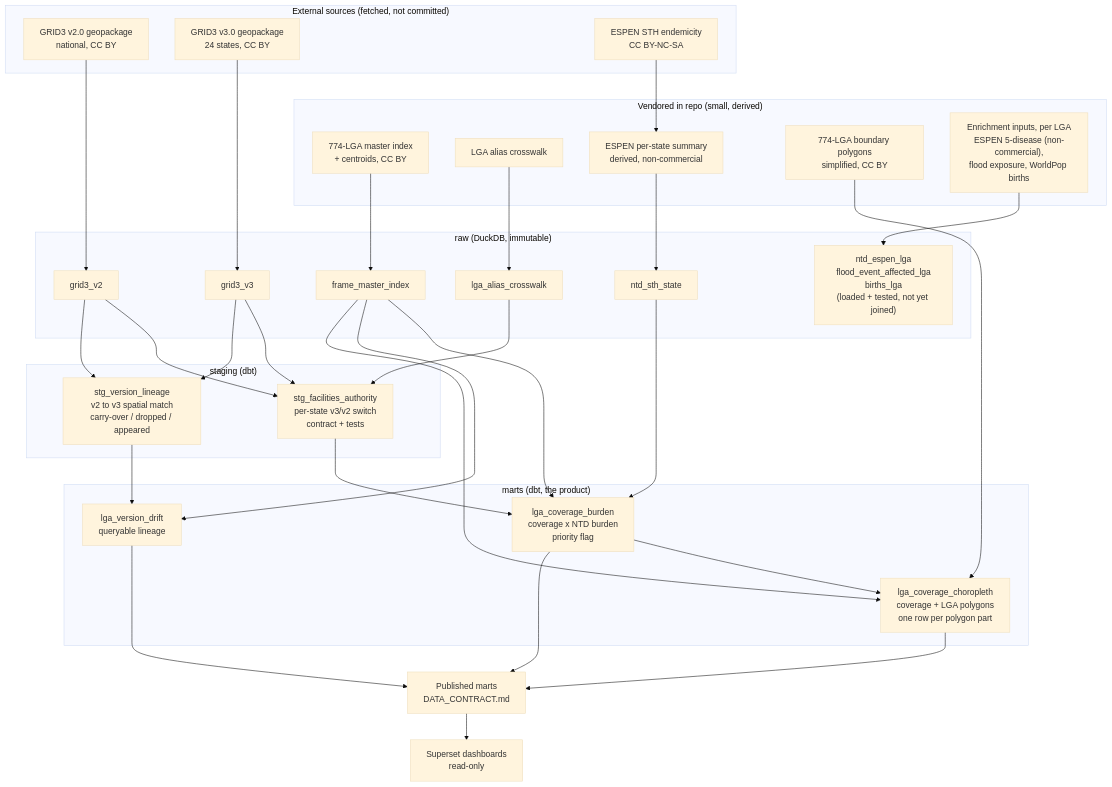
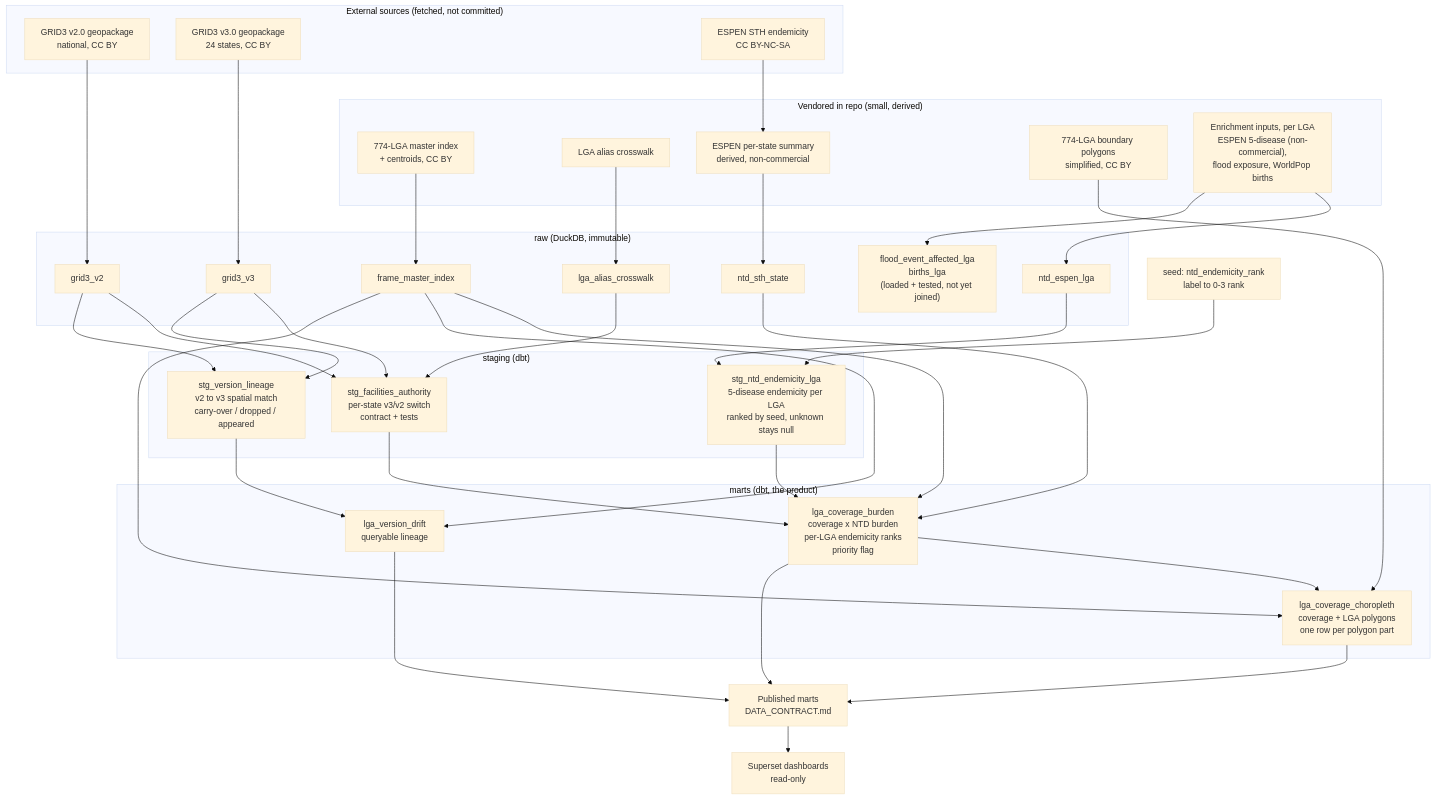
One commit to Behordeun/nigeria-facility-register changed the first of 3 diagrams in docs/ARCHITECTURE.md. Above: the diagram before and after it, drawn with Mermaid (base theme). The commit also changed other lines of this file and 14 other files, not shown here.

First line of the commit message:
Add per-LGA endemicity ranks for five NTDs to the coverage mart

````diff
--- a/docs/ARCHITECTURE.md
+++ b/docs/ARCHITECTURE.md
@@ -7,64 +7,70 @@
 ```mermaid
 flowchart TD
     subgraph sources["External sources (fetched, not committed)"]
         G2["GRID3 v2.0 geopackage<br/>national, CC BY"]
         G3["GRID3 v3.0 geopackage<br/>24 states, CC BY"]
         ES["ESPEN STH endemicity<br/>CC BY-NC-SA"]
     end
 
     subgraph vendored["Vendored in repo (small, derived)"]
         FR["774-LGA master index<br/>+ centroids, CC BY"]
         XW["LGA alias crosswalk"]
         NB["ESPEN per-state summary<br/>derived, non-commercial"]
         GEO["774-LGA boundary polygons<br/>simplified, CC BY"]
         EN["Enrichment inputs, per LGA<br/>ESPEN 5-disease (non-commercial),<br/>flood exposure, WorldPop births"]
     end
 
     subgraph raw["raw (DuckDB, immutable)"]
         R2["grid3_v2"]
         R3["grid3_v3"]
         RF["frame_master_index"]
         RX["lga_alias_crosswalk"]
         RN["ntd_sth_state"]
-        RE["ntd_espen_lga<br/>flood_event_affected_lga<br/>births_lga<br/>(loaded + tested, not yet joined)"]
+        RE["ntd_espen_lga"]
+        RF2["flood_event_affected_lga<br/>births_lga<br/>(loaded + tested, not yet joined)"]
     end
 
     subgraph staging["staging (dbt)"]
         AUTH["stg_facilities_authority<br/>per-state v3/v2 switch<br/>contract + tests"]
         LIN["stg_version_lineage<br/>v2 to v3 spatial match<br/>carry-over / dropped / appeared"]
+        NTD["stg_ntd_endemicity_lga<br/>5-disease endemicity per LGA<br/>ranked by seed, unknown stays null"]
     end
 
     subgraph marts["marts (dbt, the product)"]
-        COV["lga_coverage_burden<br/>coverage x NTD burden<br/>priority flag"]
+        COV["lga_coverage_burden<br/>coverage x NTD burden<br/>per-LGA endemicity ranks<br/>priority flag"]
         LINM["lga_version_drift<br/>queryable lineage"]
         CHO["lga_coverage_choropleth<br/>coverage + LGA polygons<br/>one row per polygon part"]
     end
 
     G2 --> R2
     G3 --> R3
     FR --> RF
     XW --> RX
     ES --> NB --> RN
     EN --> RE
+    EN --> RF2
 
     R2 --> AUTH
     R3 --> AUTH
     R2 --> LIN
     R3 --> LIN
     RX --> AUTH
 
     AUTH --> COV
     RF --> COV
     RN --> COV
+    RE --> NTD
+    SEED["seed: ntd_endemicity_rank<br/>label to 0-3 rank"] --> NTD
+    NTD --> COV
     LIN --> LINM
     RF --> LINM
 
     COV --> CHO
     RF --> CHO
     GEO --> CHO
 
     COV --> OUT["Published marts<br/>DATA_CONTRACT.md"]
     LINM --> OUT
     CHO --> OUT
     OUT --> BI["Superset dashboards<br/>read-only"]
 ```
````
